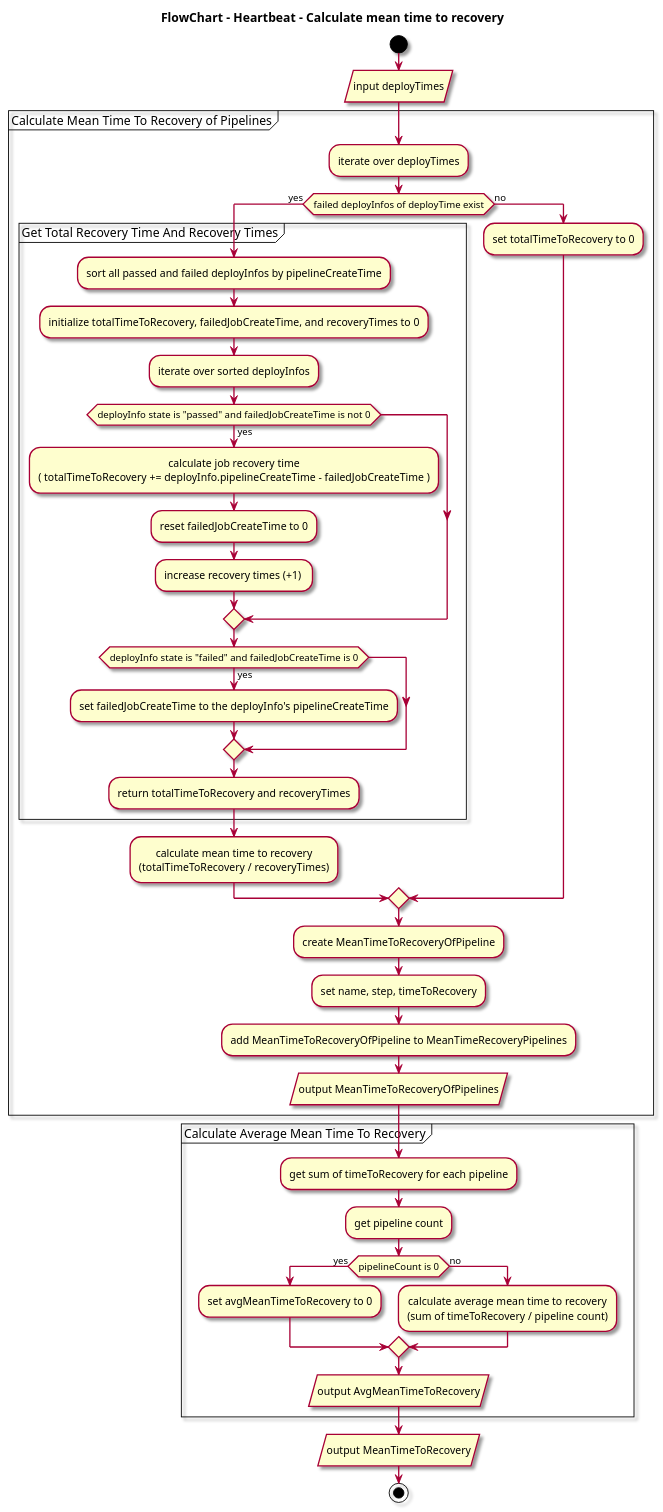
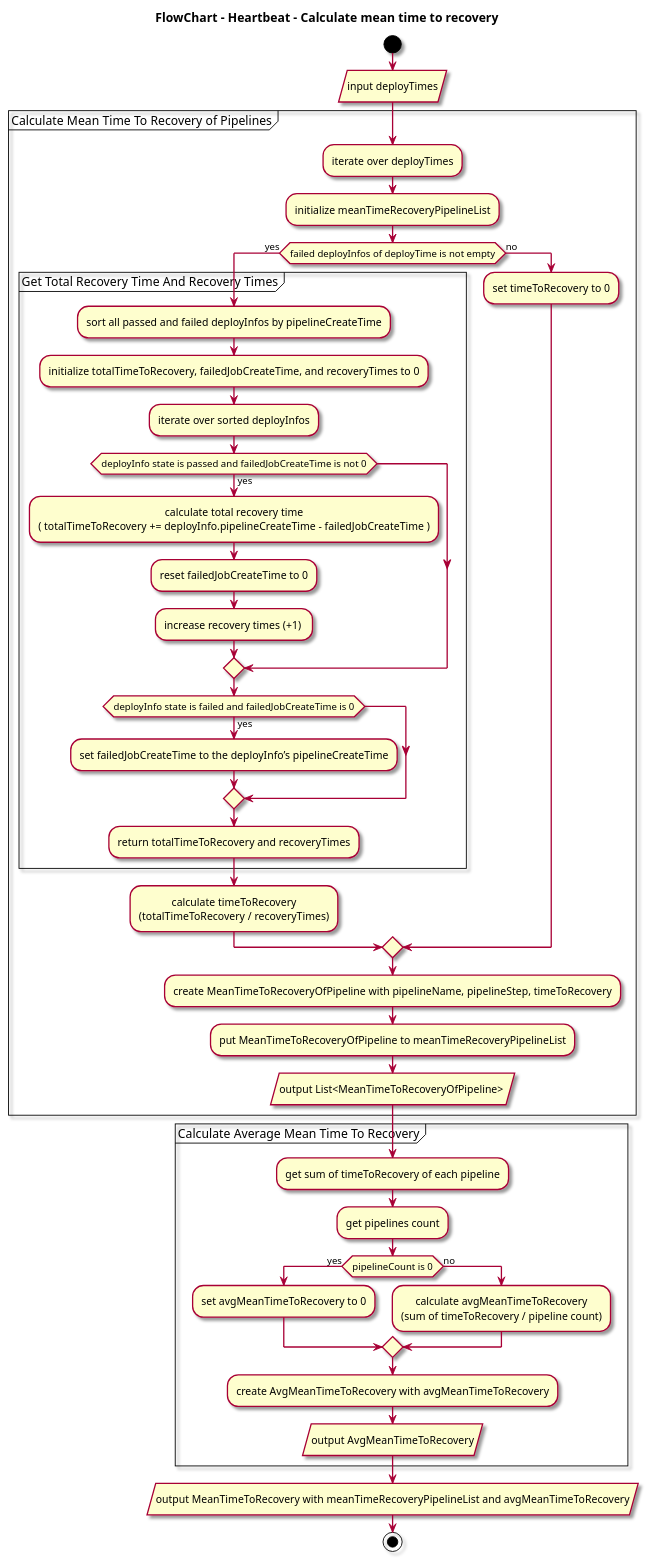
The second of 3 diagrams in docs/src/pages/en/dev-center/report-calculation-diagrams.md (au-heartbeat/Heartbeat), drawn with PlantUML before and after one commit. The commit also changed other lines of this file, not shown here.

Commit message:
ADM-437 add calculation method flow diagram for ChangeFailureRate and update flow diagram

````diff
--- a/docs/src/pages/en/dev-center/report-calculation-diagrams.md
+++ b/docs/src/pages/en/dev-center/report-calculation-diagrams.md
@@ -49,50 +51,51 @@
 ```plantuml
 @startuml mean time to recovery
 skin rose
 skinparam defaultTextAlignment center
 title FlowChart - Heartbeat - Calculate mean time to recovery
 start
 :input deployTimes/
 partition "Calculate Mean Time To Recovery of Pipelines" {
   :iterate over deployTimes;
-    if (failed deployInfos of deployTime exist) then (yes)
+  :initialize meanTimeRecoveryPipelineList;
+    if (failed deployInfos of deployTime is not empty) then (yes)
       partition "Get Total Recovery Time And Recovery Times" {
         :sort all passed and failed deployInfos by pipelineCreateTime;
         :initialize totalTimeToRecovery, failedJobCreateTime, and recoveryTimes to 0;
         :iterate over sorted deployInfos;
-          if (deployInfo state is "passed" and failedJobCreateTime is not 0) then (yes)
-            :calculate job recovery time
+          if (deployInfo state is passed and failedJobCreateTime is not 0) then (yes)
+            :calculate total recovery time
             ( totalTimeToRecovery += deployInfo.pipelineCreateTime - failedJobCreateTime );
             :reset failedJobCreateTime to 0;
             :increase recovery times (+1) ;
           endif
-          if (deployInfo state is "failed" and failedJobCreateTime is 0) then (yes)
-            :set failedJobCreateTime to the deployInfo's pipelineCreateTime;
+          if (deployInfo state is failed and failedJobCreateTime is 0) then (yes)
+            :set failedJobCreateTime to the deployInfo’s pipelineCreateTime;
           endif
         :return totalTimeToRecovery and recoveryTimes;
       }
-      :calculate mean time to recovery
+      :calculate timeToRecovery
       (totalTimeToRecovery / recoveryTimes);
     else (no)
-      :set totalTimeToRecovery to 0;
+      :set timeToRecovery to 0;
     endif
-  :create MeanTimeToRecoveryOfPipeline;
-  :set name, step, timeToRecovery;
-  :add MeanTimeToRecoveryOfPipeline to MeanTimeRecoveryPipelines;
-  :output MeanTimeToRecoveryOfPipelines/
+  :create MeanTimeToRecoveryOfPipeline with pipelineName, pipelineStep, timeToRecovery;
+  :put MeanTimeToRecoveryOfPipeline to meanTimeRecoveryPipelineList;
+  :output List<MeanTimeToRecoveryOfPipeline> /
 }
 partition "Calculate Average Mean Time To Recovery" {
-  :get sum of timeToRecovery for each pipeline;
-  :get pipeline count;
+  :get sum of timeToRecovery of each pipeline;
+  :get pipelines count;
   if (pipelineCount is 0) then (yes)
     :set avgMeanTimeToRecovery to 0;
   else (no)
-    :calculate average mean time to recovery
+    :calculate avgMeanTimeToRecovery
     (sum of timeToRecovery / pipeline count);
   endif
+  :create AvgMeanTimeToRecovery with avgMeanTimeToRecovery;
   :output AvgMeanTimeToRecovery/
 }
-:output MeanTimeToRecovery/
+:output MeanTimeToRecovery with meanTimeRecoveryPipelineList and avgMeanTimeToRecovery/
 stop
 @enduml
 ```
````
